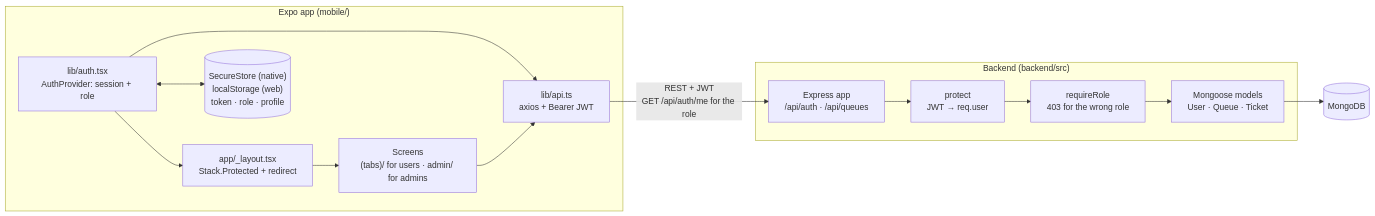
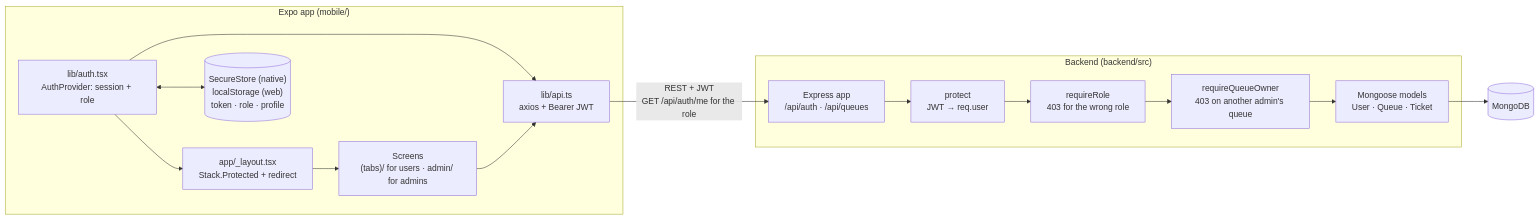
The fifth of 7 diagrams in docs/architecture.md (mishalsheza/QueueEase), drawn with Mermaid before and after one commit. The commit also changed other lines of this file and 4 other files, not shown here.

````diff
--- a/docs/architecture.md
+++ b/docs/architecture.md
@@ -203,26 +203,27 @@
 ```mermaid
 flowchart LR
   subgraph App["Expo app (mobile/)"]
     Auth["lib/auth.tsx<br/>AuthProvider: session + role"]
     Guards["app/_layout.tsx<br/>Stack.Protected + redirect"]
     Screens["Screens<br/>(tabs)/ for users · admin/ for admins"]
     API["lib/api.ts<br/>axios + Bearer JWT"]
     Store[("SecureStore (native)<br/>localStorage (web)<br/>token · role · profile")]
     Auth --> Guards --> Screens
     Auth <--> Store
     Auth --> API
     Screens --> API
   end
 
   subgraph Server["Backend (backend/src)"]
     Express["Express app<br/>/api/auth · /api/queues"]
     Protect["protect<br/>JWT → req.user"]
     Role["requireRole<br/>403 for the wrong role"]
+    Owner["requireQueueOwner<br/>403 on another admin's queue"]
     Models["Mongoose models<br/>User · Queue · Ticket"]
-    Express --> Protect --> Role --> Models
+    Express --> Protect --> Role --> Owner --> Models
   end
 
   DB[("MongoDB")]
   API -- "REST + JWT<br/>GET /api/auth/me for the role" --> Express
   Models --> DB
 ```
````
